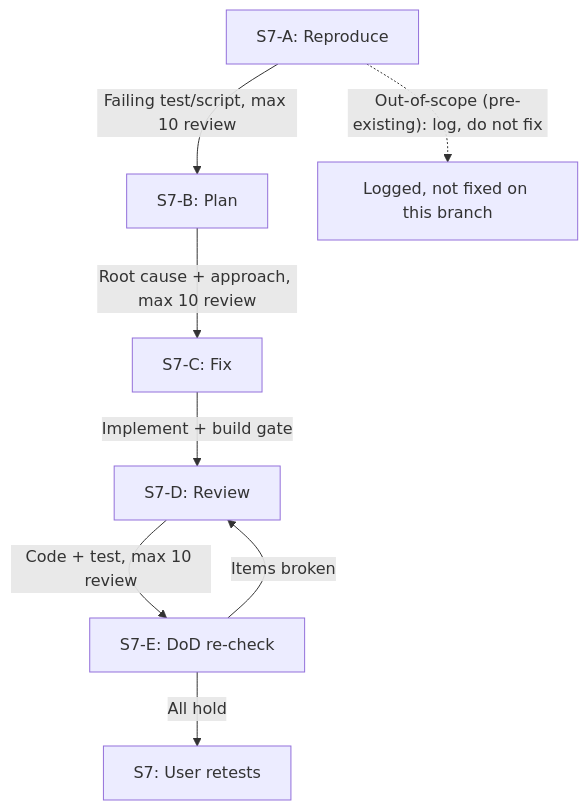
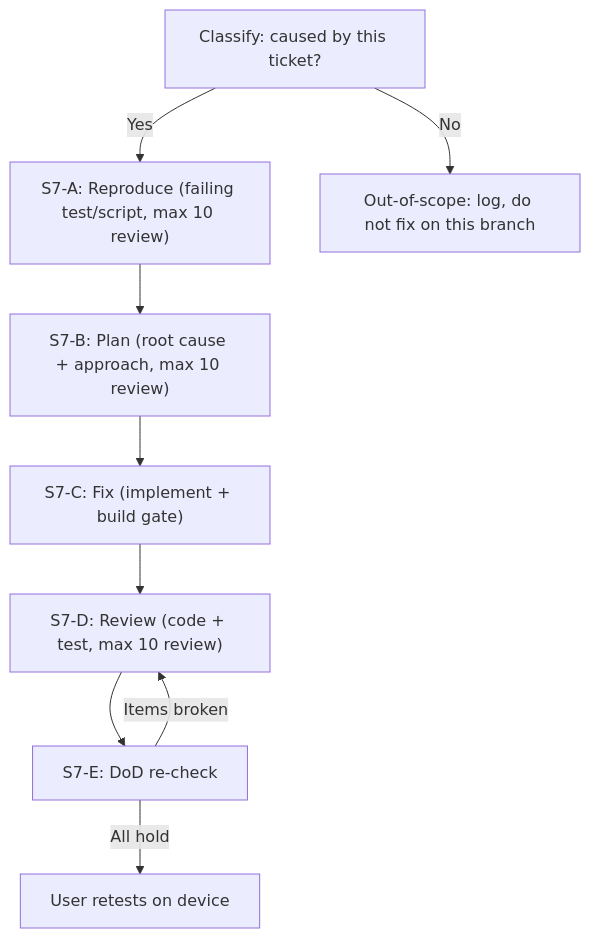
One commit to Nayeem170/KoThok changed the fourth of 9 diagrams in docs/AGENTIC_PIPELINE.md. Above: the diagram before and after it, drawn with Mermaid. The commit also changed other lines of this file, not shown here.

````diff
--- a/docs/AGENTIC_PIPELINE.md
+++ b/docs/AGENTIC_PIPELINE.md
@@ -216,10 +311,12 @@
 ```mermaid
 flowchart TD
-    S7A["S7-A: Reproduce"] --> |"Failing test/script, max 10 review"| S7B2["S7-B: Plan"]
-    S7B2 --> |"Root cause + approach, max 10 review"| S7C["S7-C: Fix"]
-    S7C --> |"Implement + build gate"| S7D["S7-D: Review"]
-    S7D --> |"Code + test, max 10 review"| S7E["S7-E: DoD re-check"]
+    CLASSIFY["Classify: caused by this ticket?"]
+    CLASSIFY -- Yes --> S7A["S7-A: Reproduce (failing test/script, max 10 review)"]
+    CLASSIFY -- No --> LOG["Out-of-scope: log, do not fix on this branch"]
+    S7A --> S7B["S7-B: Plan (root cause + approach, max 10 review)"]
+    S7B --> S7C["S7-C: Fix (implement + build gate)"]
+    S7C --> S7D["S7-D: Review (code + test, max 10 review)"]
+    S7D --> S7E["S7-E: DoD re-check"]
     S7E --> |"Items broken"| S7D
-    S7E --> |"All hold"| RETEST["S7: User retests"]
-    S7A -.-> |"Out-of-scope (pre-existing): log, do not fix"| LOG["Logged, not fixed on this branch"]
+    S7E --> |"All hold"| RETEST["User retests on device"]
 ```
````
